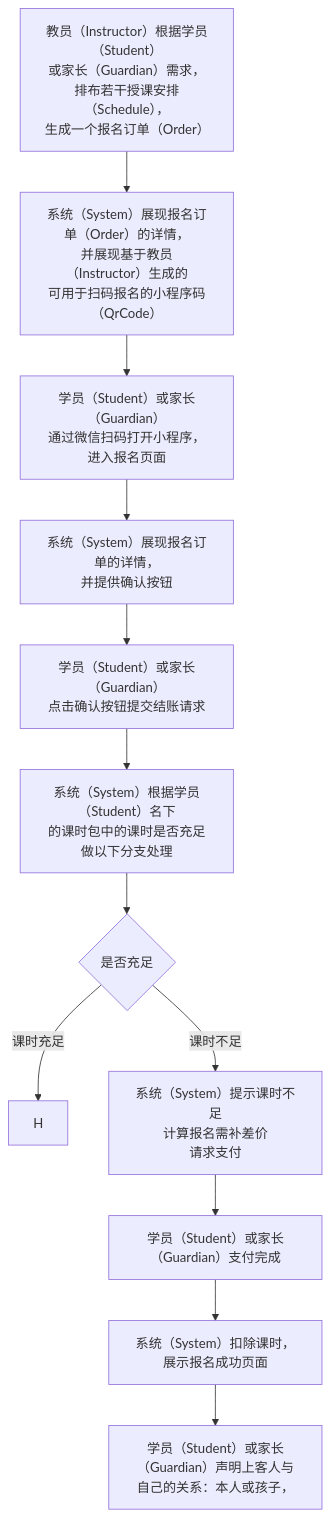
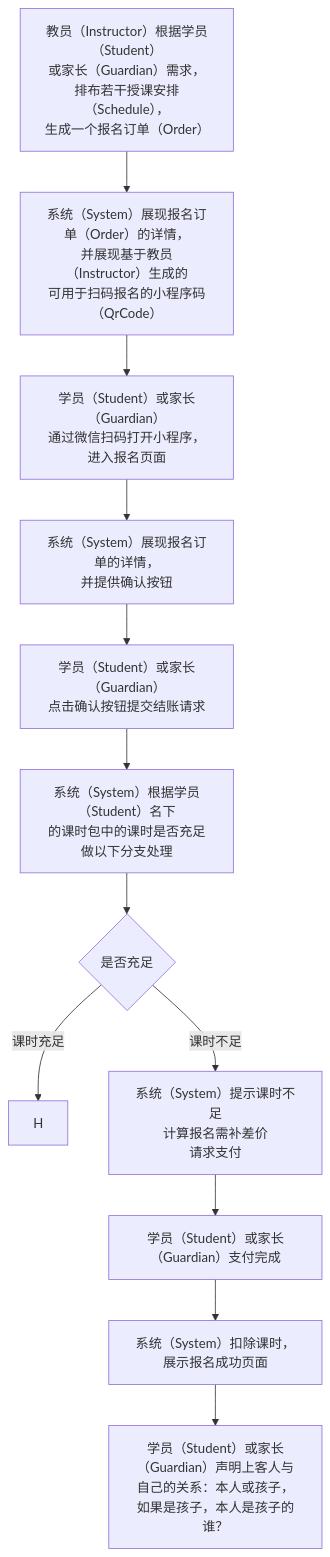
The diagram in 用例/报名.md (world-wide-web/sign), drawn with Mermaid before and after one commit. The commit also changed other lines of this file, not shown here.

````diff
--- a/用例/报名.md
+++ b/用例/报名.md
@@ -8,37 +8,37 @@
 ```mermaid
 graph TD
 
 生成报名订单-->生成报名码
 生成报名码-->扫码报名
 扫码报名-->展现报名订单
 展现报名订单-->确认并提交结账请求
 确认并提交结账请求-->检查课时数量
 检查课时数量-->判断课时数量
 判断课时数量--课时充足-->H
 判断课时数量--课时不足-->请求支付
 请求支付-->支付完成
 支付完成-->报名成功
 报名成功-->身份声明
 
 生成报名订单["<center>教员（Instructor）根据学员（Student）<br>或家长（Guardian）需求，<br>排布若干授课安排（Schedule），<br>生成一个报名订单（Order）</center>"]
 
 生成报名码["<center>系统（System）展现报名订单（Order）的详情，<br>并展现基于教员（Instructor）生成的<br>可用于扫码报名的小程序码（QrCode）</center>"]
 
 扫码报名["<center>学员（Student）或家长（Guardian）<br>通过微信扫码打开小程序，进入报名页面</center>"]
 
 展现报名订单["<center>系统（System）展现报名订单的详情，<br>并提供确认按钮</center>"]
 
 确认并提交结账请求["<center>学员（Student）或家长（Guardian）<br>点击确认按钮提交结账请求</center>"]
 
 检查课时数量["<center>系统（System）根据学员（Student）名下<br>的课时包中的课时是否充足做以下分支处理</center>"]
 
 判断课时数量{"<center>是否充足</center>"}
 
 请求支付["<center>系统（System）提示课时不足<br>计算报名需补差价<br>请求支付</center>"]
 
 支付完成["<center>学员（Student）或家长（Guardian）支付完成</center>"]
 
 报名成功["<center>系统（System）扣除课时，展示报名成功页面</center>"]
 
-身份声明["<center>学员（Student）或家长（Guardian）声明上客人与自己的关系：本人或孩子，</center>"]
+身份声明["<center>学员（Student）或家长（Guardian）声明上客人与自己的关系：本人或孩子，<br>如果是孩子，本人是孩子的谁？</center>"]
 ```
````
